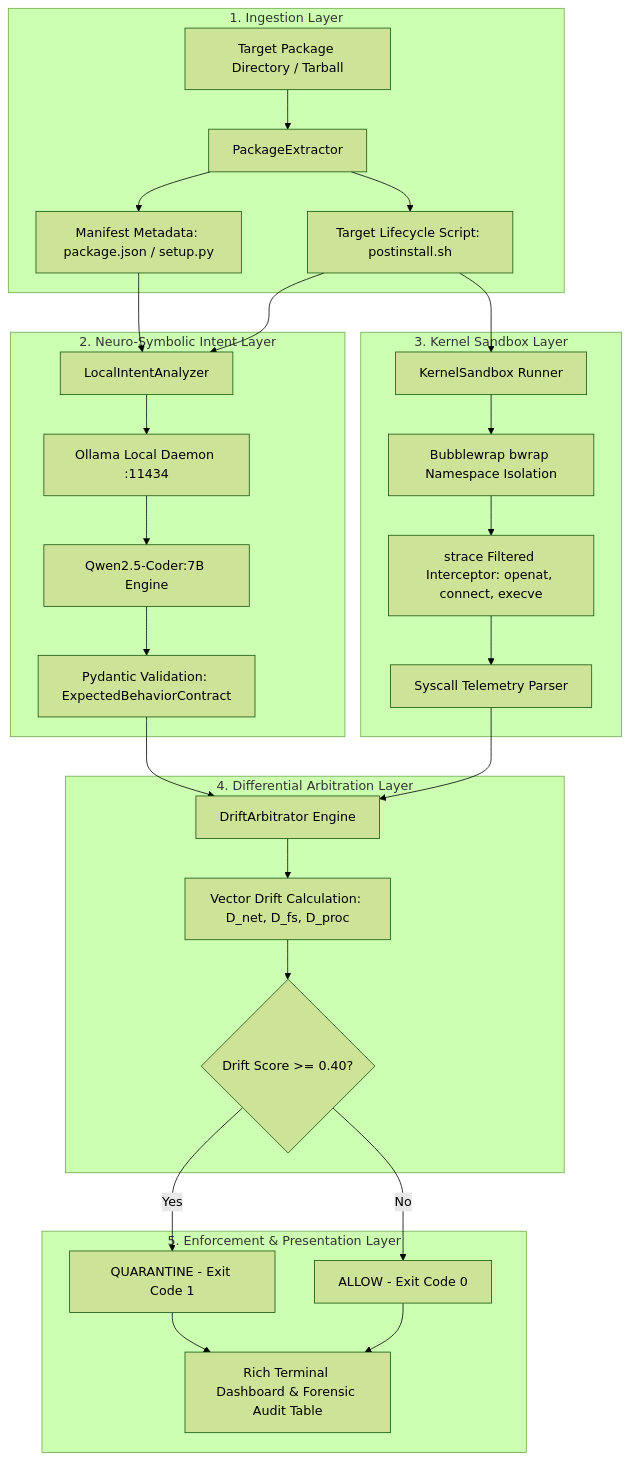
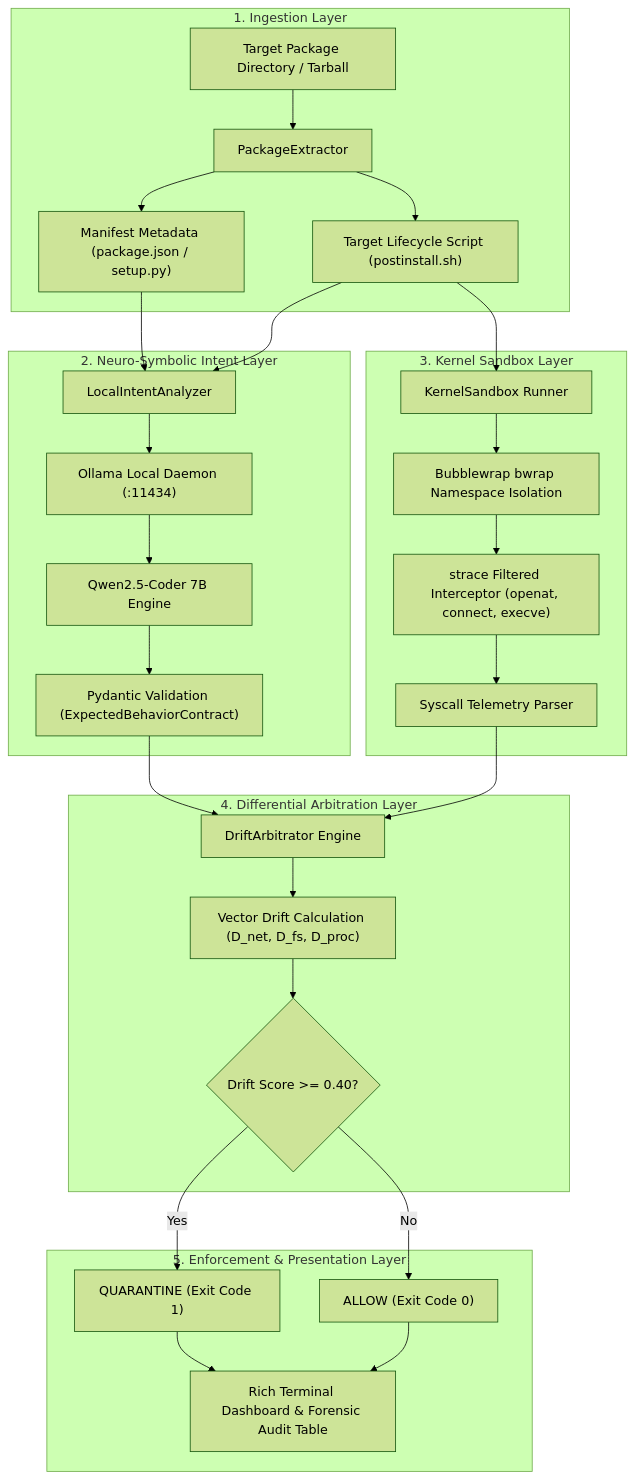
Before and after one commit to Omsupe15/gatekeeper: the first of 2 diagrams in README.md, drawn with Mermaid (forest theme). The commit also changed other lines of this file, not shown here.

Commit message:
(docs): readme render fixes

````diff
--- a/README.md
+++ b/README.md
@@ -173,37 +173,37 @@
 ```mermaid
 graph TD
     subgraph INGESTION["1. Ingestion Layer"]
-        A[Target Package Directory / Tarball] --> B[PackageExtractor]
-        B --> C[Manifest Metadata: package.json / setup.py]
-        B --> D[Target Lifecycle Script: postinstall.sh]
+        A["Target Package Directory / Tarball"] --> B["PackageExtractor"]
+        B --> C["Manifest Metadata (package.json / setup.py)"]
+        B --> D["Target Lifecycle Script (postinstall.sh)"]
     end
 
     subgraph NEURO_SYMBOLIC["2. Neuro-Symbolic Intent Layer"]
-        C --> E[LocalIntentAnalyzer]
+        C --> E["LocalIntentAnalyzer"]
         D --> E
-        E --> F[Ollama Local Daemon :11434]
-        F --> G[Qwen2.5-Coder:7B Engine]
-        G --> H[Pydantic Validation: ExpectedBehaviorContract]
+        E --> F["Ollama Local Daemon (:11434)"]
+        F --> G["Qwen2.5-Coder 7B Engine"]
+        G --> H["Pydantic Validation (ExpectedBehaviorContract)"]
     end
 
     subgraph KERNEL_SANDBOX["3. Kernel Sandbox Layer"]
-        D --> I[KernelSandbox Runner]
-        I --> J[Bubblewrap bwrap Namespace Isolation]
-        J --> K[strace Filtered Interceptor: openat, connect, execve]
-        K --> L[Syscall Telemetry Parser]
+        D --> I["KernelSandbox Runner"]
+        I --> J["Bubblewrap bwrap Namespace Isolation"]
+        J --> K["strace Filtered Interceptor (openat, connect, execve)"]
+        K --> L["Syscall Telemetry Parser"]
     end
 
     subgraph ARBITRATION["4. Differential Arbitration Layer"]
-        H --> M[DriftArbitrator Engine]
+        H --> M["DriftArbitrator Engine"]
         L --> M
-        M --> N[Vector Drift Calculation: D_net, D_fs, D_proc]
-        N --> O{Drift Score >= 0.40?}
+        M --> N["Vector Drift Calculation (D_net, D_fs, D_proc)"]
+        N --> O{"Drift Score >= 0.40?"}
     end
 
     subgraph ENFORCEMENT["5. Enforcement & Presentation Layer"]
-        O -- Yes --> P[QUARANTINE - Exit Code 1]
-        O -- No --> Q[ALLOW - Exit Code 0]
-        P --> R[Rich Terminal Dashboard & Forensic Audit Table]
+        O -- Yes --> P["QUARANTINE (Exit Code 1)"]
+        O -- No --> Q["ALLOW (Exit Code 0)"]
+        P --> R["Rich Terminal Dashboard & Forensic Audit Table"]
         Q --> R
     end
 ```
````
